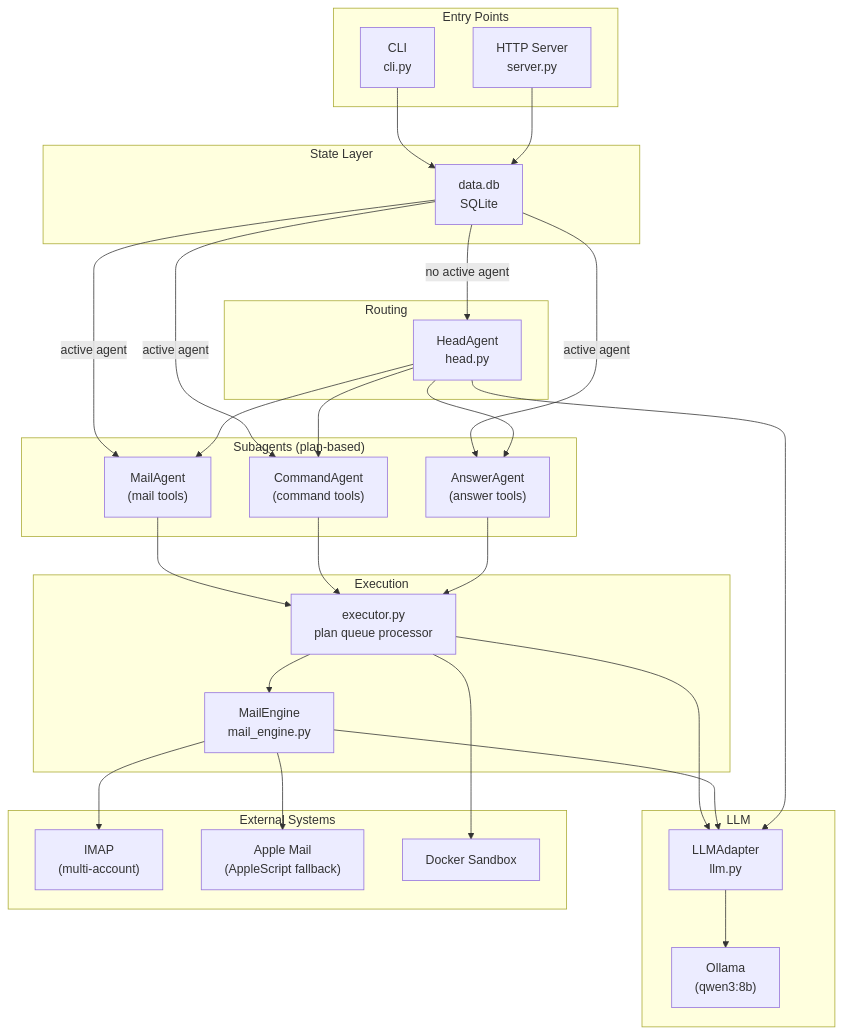
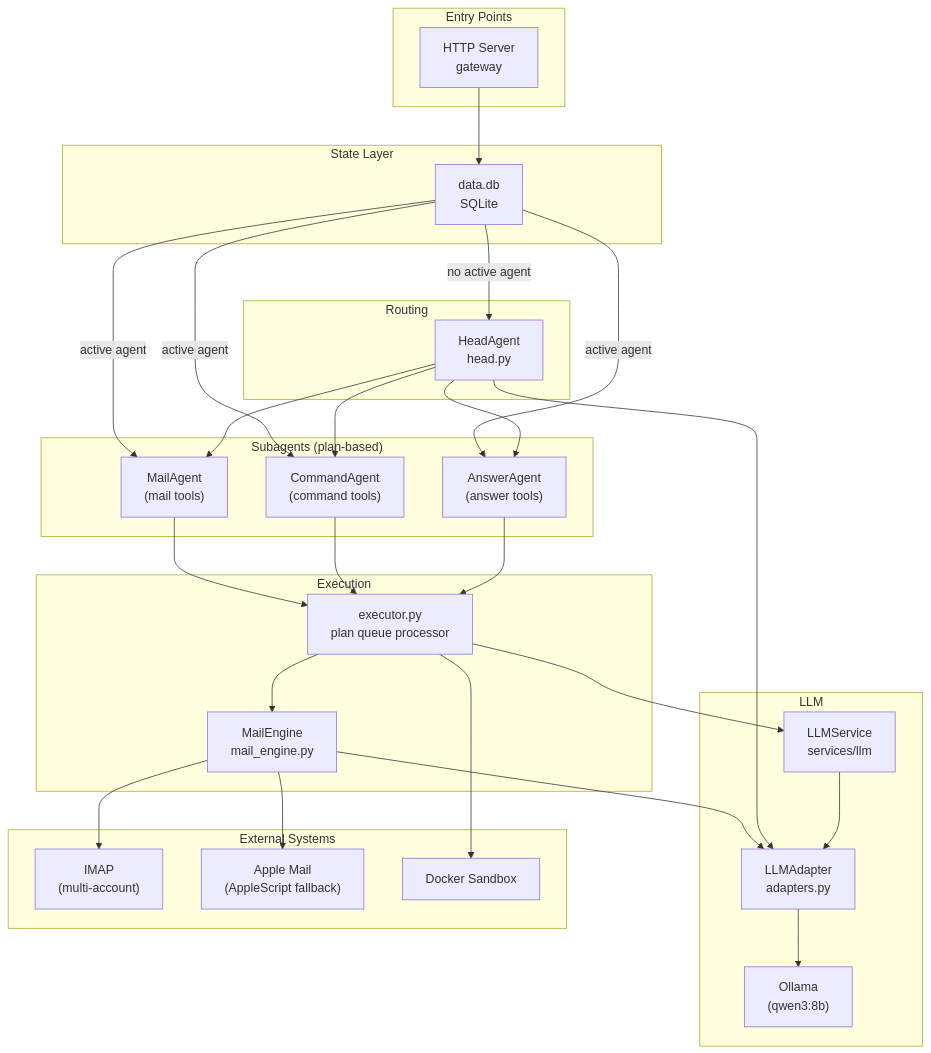
Before and after one commit to ajpeders/MyAgent: the diagram in README.md, drawn with Mermaid. The commit also changed other lines of this file and 61 other files, not shown here.

````diff
--- a/README.md
+++ b/README.md
@@ -30,61 +26,61 @@
 ```mermaid
 graph TD
     subgraph Entry["Entry Points"]
-        CLI["CLI<br/>cli.py"]
-        HTTP["HTTP Server<br/>server.py"]
+        HTTP["HTTP Server<br/>gateway"]
     end
 
     subgraph State["State Layer"]
         SESSIONS["data.db<br/>SQLite"]
     end
 
     subgraph Routing["Routing"]
         HEAD["HeadAgent<br/>head.py"]
     end
 
     subgraph Agents["Subagents (plan-based)"]
         MAIL["MailAgent<br/>(mail tools)"]
         CMD["CommandAgent<br/>(command tools)"]
         ANS["AnswerAgent<br/>(answer tools)"]
     end
 
     subgraph Execution["Execution"]
         EXECUTOR["executor.py<br/>plan queue processor"]
         MAILENGINE["MailEngine<br/>mail_engine.py"]
     end
 
     subgraph LLM["LLM"]
-        ADAPTER["LLMAdapter<br/>llm.py"]
+        LLMSVC["LLMService<br/>services/llm"]
+        ADAPTER["LLMAdapter<br/>adapters.py"]
         OLLAMA["Ollama<br/>(qwen3:8b)"]
     end
 
     subgraph External["External Systems"]
         IMAP["IMAP<br/>(multi-account)"]
         APPLEMAIL["Apple Mail<br/>(AppleScript fallback)"]
         DOCKER["Docker Sandbox"]
     end
 
-    CLI --> SESSIONS
     HTTP --> SESSIONS
     SESSIONS -->|"no active agent"| HEAD
     SESSIONS -->|"active agent"| MAIL
     SESSIONS -->|"active agent"| CMD
     SESSIONS -->|"active agent"| ANS
     HEAD --> MAIL
     HEAD --> CMD
     HEAD --> ANS
 
     MAIL --> EXECUTOR
     CMD --> EXECUTOR
     ANS --> EXECUTOR
 
-    EXECUTOR --> ADAPTER
+    EXECUTOR --> LLMSVC
     EXECUTOR --> MAILENGINE
     MAILENGINE --> ADAPTER
     HEAD --> ADAPTER
+    LLMSVC --> ADAPTER
     ADAPTER --> OLLAMA
 
     MAILENGINE --> IMAP
     MAILENGINE --> APPLEMAIL
     EXECUTOR --> DOCKER
 ```
````
